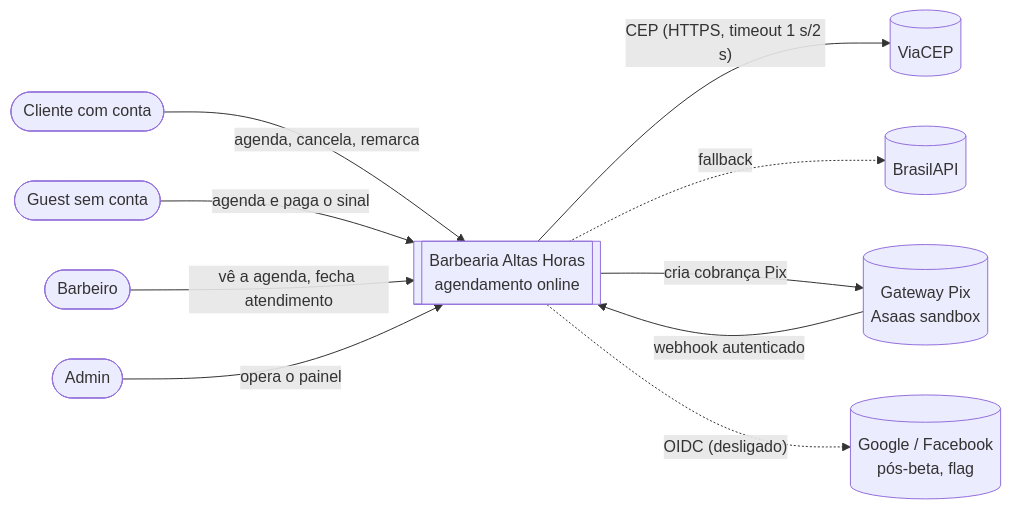
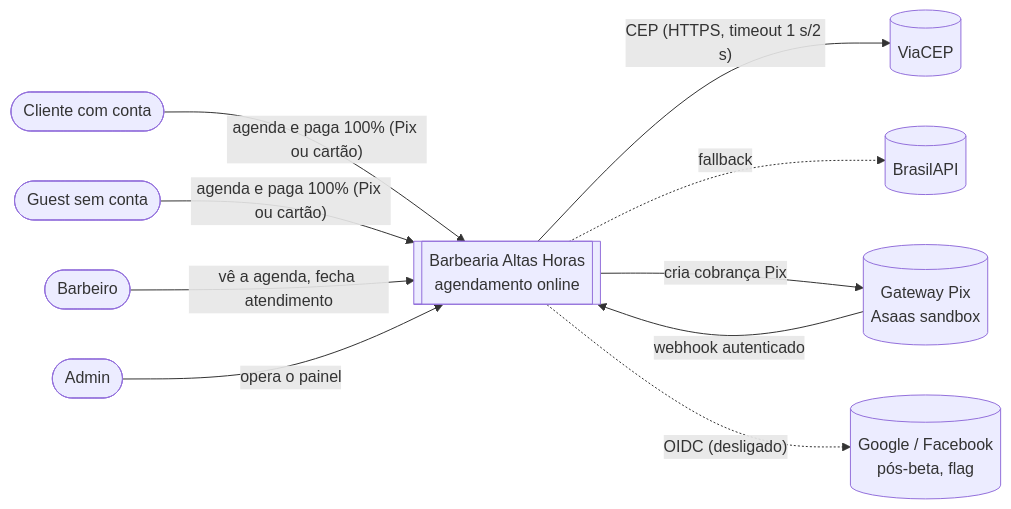
Before and after one commit to k3vinrich4rd/barbearia-altas-horas: the first of 6 diagrams in docs/arquitetura/README.md, drawn with Mermaid. The commit also changed other lines of this file and 9 other files, not shown here.

````diff
--- a/docs/arquitetura/README.md
+++ b/docs/arquitetura/README.md
@@ -15,22 +15,22 @@
 ```mermaid
 flowchart LR
     cliente([Cliente com conta])
     guest([Guest sem conta])
     barbeiro([Barbeiro])
     admin([Admin])
     sistema[[Barbearia Altas Horas<br/>agendamento online]]
     viacep[(ViaCEP)]
     brasilapi[(BrasilAPI)]
     gateway[(Gateway Pix<br/>Asaas sandbox)]
     social[(Google / Facebook<br/>pós-beta, flag)]
 
-    cliente -- "agenda, cancela, remarca" --> sistema
-    guest -- "agenda e paga o sinal" --> sistema
+    cliente -- "agenda e paga 100% (Pix ou cartão)" --> sistema
+    guest -- "agenda e paga 100% (Pix ou cartão)" --> sistema
     barbeiro -- "vê a agenda, fecha atendimento" --> sistema
     admin -- "opera o painel" --> sistema
     sistema -- "CEP (HTTPS, timeout 1 s/2 s)" --> viacep
     sistema -. "fallback" .-> brasilapi
     sistema -- "cria cobrança Pix" --> gateway
     gateway -- "webhook autenticado" --> sistema
     sistema -. "OIDC (desligado)" .-> social
 ```
````
